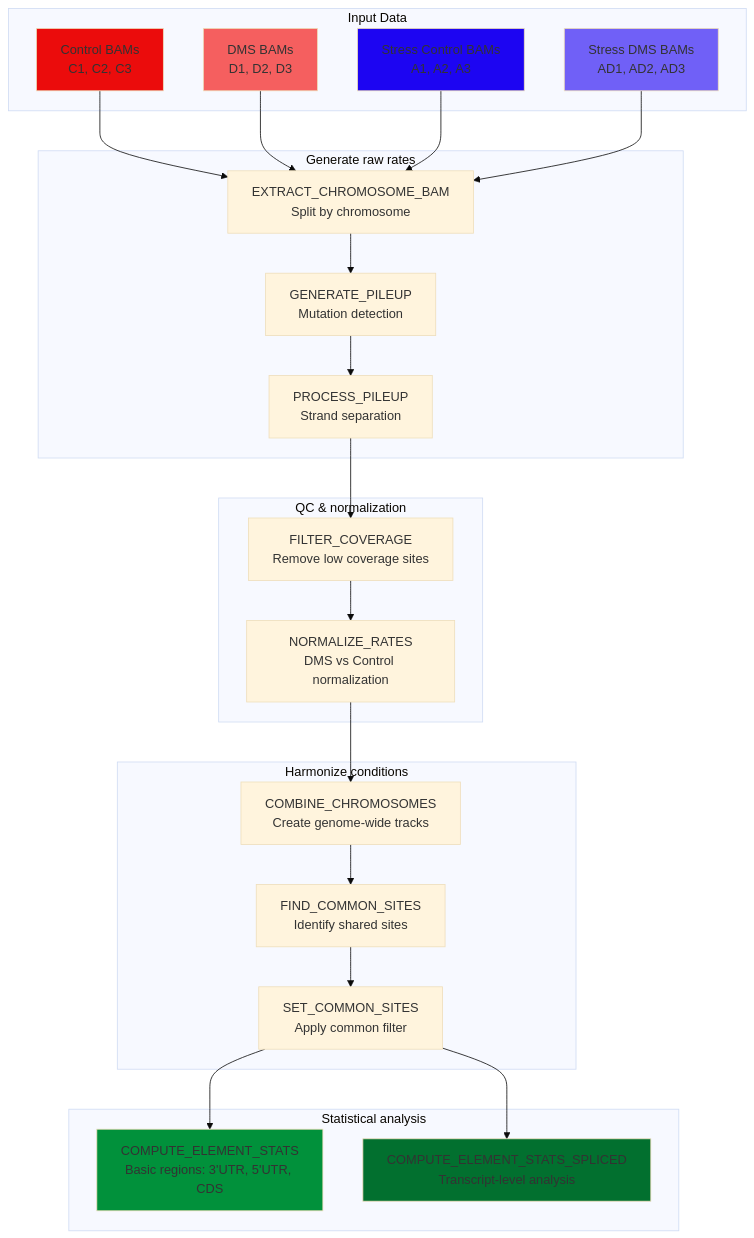
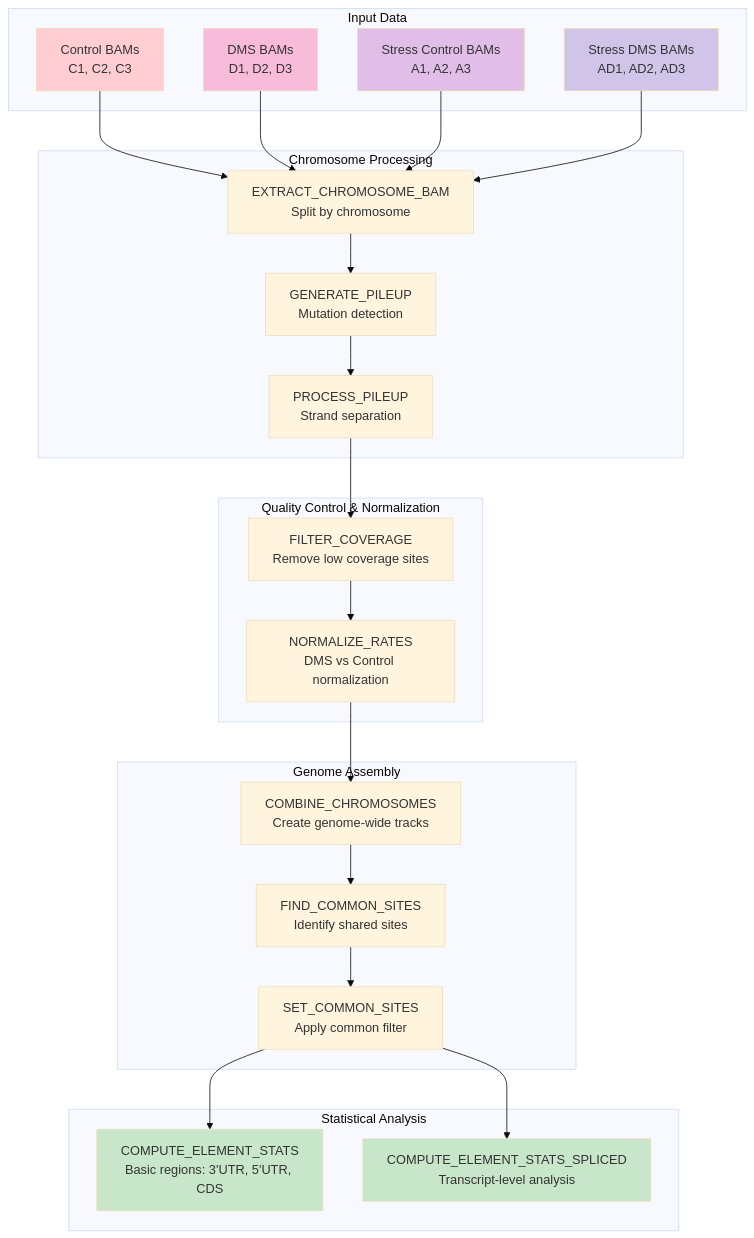
Before and after one commit to t-whitfield/TRAM-seq: the diagram in README.md, drawn with Mermaid (base theme). The commit also changed other lines of this file and 37 other files, not shown here.

````diff
--- a/README.md
+++ b/README.md
@@ -16,49 +16,49 @@
 ```mermaid
 flowchart TD
     subgraph "Input Data"
         A1[Control BAMs<br/>C1, C2, C3]
         A2[DMS BAMs<br/>D1, D2, D3]
         A3[Stress Control BAMs<br/>A1, A2, A3]
         A4[Stress DMS BAMs<br/>AD1, AD2, AD3]
     end
     
-    subgraph "Generate raw rates"
+    subgraph "Chromosome Processing"
         B[EXTRACT_CHROMOSOME_BAM<br/>Split by chromosome]
         C[GENERATE_PILEUP<br/>Mutation detection]
         D[PROCESS_PILEUP<br/>Strand separation]
     end
     
-    subgraph "QC & normalization"
+    subgraph "Quality Control & Normalization"
         E[FILTER_COVERAGE<br/>Remove low coverage sites]
         F[NORMALIZE_RATES<br/>DMS vs Control normalization]
     end
     
-    subgraph "Harmonize conditions"
+    subgraph "Genome Assembly"
         G[COMBINE_CHROMOSOMES<br/>Create genome-wide tracks]
         H[FIND_COMMON_SITES<br/>Identify shared sites]
         I[SET_COMMON_SITES<br/>Apply common filter]
     end
     
-    subgraph "Statistical analysis"
+    subgraph "Statistical Analysis"
         J[COMPUTE_ELEMENT_STATS<br/>Basic regions: 3'UTR, 5'UTR, CDS]
         K[COMPUTE_ELEMENT_STATS_SPLICED<br/>Transcript-level analysis]
     end
     
     A1 & A2 & A3 & A4 --> B
     B --> C
     C --> D
     D --> E
     E --> F
     F --> G
     G --> H
     H --> I
     I --> J
     I --> K
     
-    style A1 fill:#EB0C0C
-    style A2 fill:#F55F5F
-    style A3 fill:#1D05F2
-    style A4 fill:#7060F7
-    style J fill:#01913B
-    style K fill:#02702F
+    style A1 fill:#ffcdd2
+    style A2 fill:#f8bbd9
+    style A3 fill:#e1bee7
+    style A4 fill:#d1c4e9
+    style J fill:#c8e6c9
+    style K fill:#c8e6c9
 ```
````
